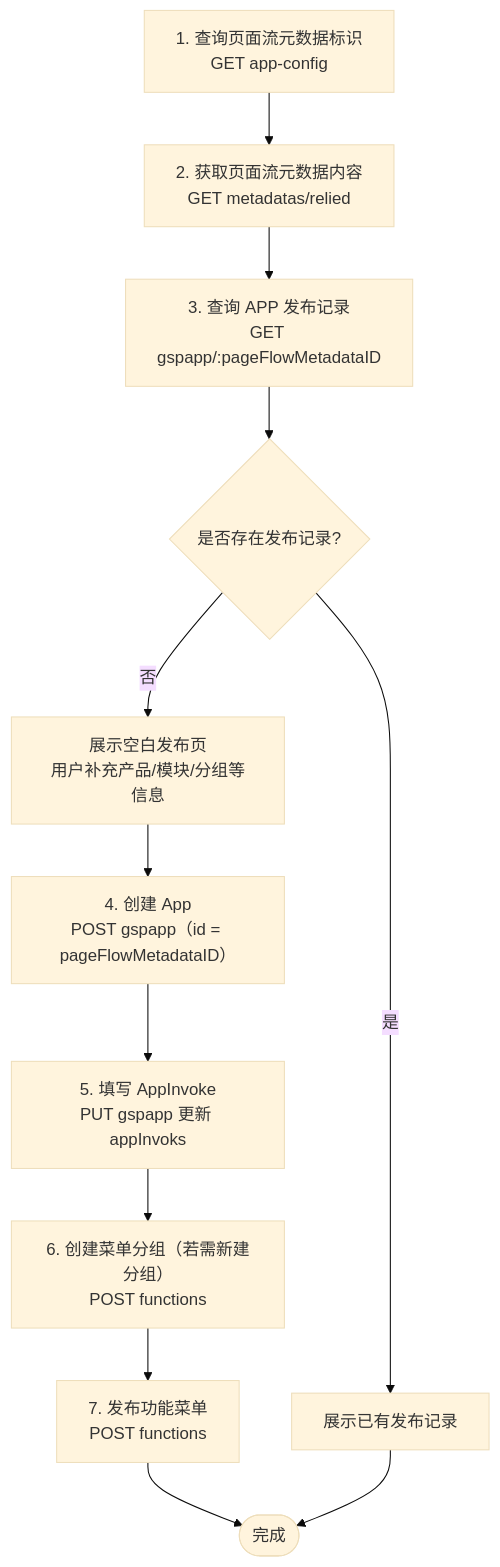
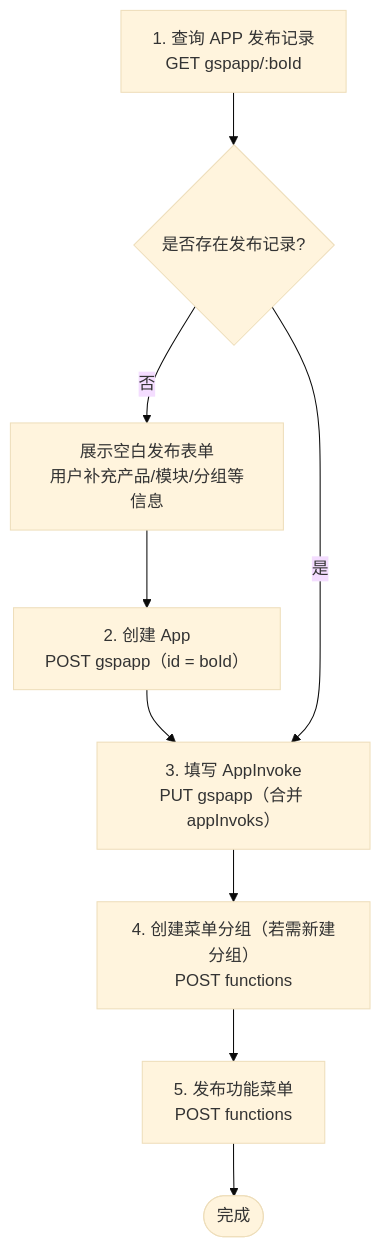
Before and after one commit to tg-tian/solo-mte: the diagram in packages/ide/docs/how_to_publish_menu.md, drawn with Mermaid (base theme). The commit also changed other lines of this file and 6 other files, not shown here.

````diff
--- a/packages/ide/docs/how_to_publish_menu.md
+++ b/packages/ide/docs/how_to_publish_menu.md
@@ -11,14 +13,11 @@
 ```mermaid
 flowchart TD
-    A["1. 查询页面流元数据标识<br/>GET app-config"] --> B["2. 获取页面流元数据内容<br/>GET metadatas/relied"]
-    B --> C["3. 查询 APP 发布记录<br/>GET gspapp/:pageFlowMetadataID"]
-    C --> D{是否存在发布记录?}
-    D -->|否| E["展示空白发布页<br/>用户补充产品/模块/分组等信息"]
-    E --> F["4. 创建 App<br/>POST gspapp（id = pageFlowMetadataID）"]
-    F --> G["5. 填写 AppInvoke<br/>PUT gspapp 更新 appInvoks"]
-    G --> H["6. 创建菜单分组（若需新建分组）<br/>POST functions"]
-    H --> I["7. 发布功能菜单<br/>POST functions"]
-    D -->|是| J["展示已有发布记录"]
-    I --> K([完成])
-    J --> K
+    A["1. 查询 APP 发布记录<br/>GET gspapp/:boId"] --> B{是否存在发布记录?}
+    B -->|否| C["展示空白发布表单<br/>用户补充产品/模块/分组等信息"]
+    C --> D["2. 创建 App<br/>POST gspapp（id = boId）"]
+    D --> E["3. 填写 AppInvoke<br/>PUT gspapp（合并 appInvoks）"]
+    B -->|是| E
+    E --> F["4. 创建菜单分组（若需新建分组）<br/>POST functions"]
+    F --> G["5. 发布功能菜单<br/>POST functions"]
+    G --> H([完成])
 ```
````
